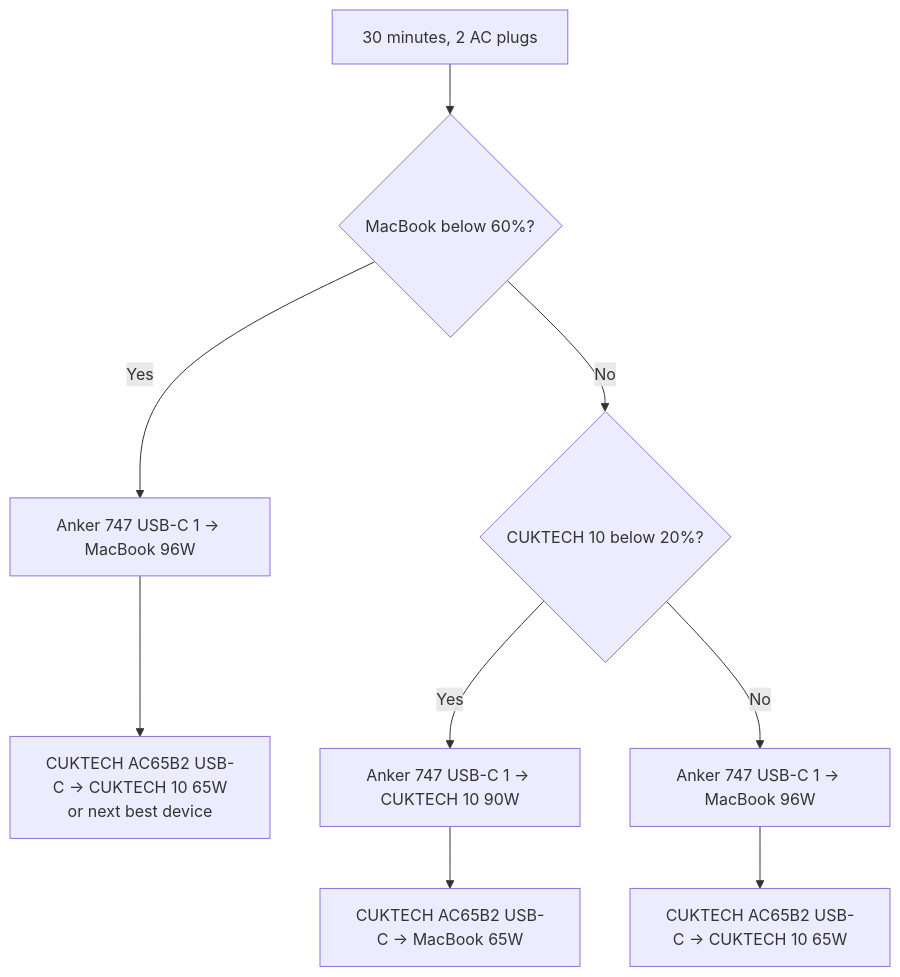
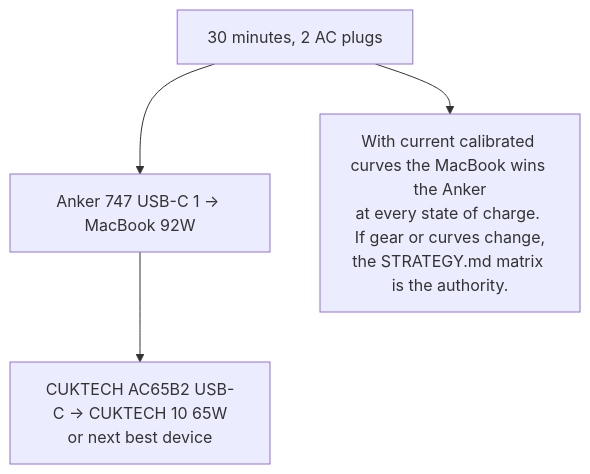
The second of 2 diagrams in README.md (kaovilai/charge-arsenal), drawn with Mermaid before and after one commit. The commit also changed 1 other file, not shown here.

Commit message:
Resolve CodeRabbit consistency findings
- CUKTECH 10 notes rewritten as one coherent account: the 55%-in-15-min
  milestone is stated once, as not reproducible from the metered curve
- README two-plug chart no longer shows the obsolete 60% decision tree;
  the MacBook wins the Anker at every SOC with current data, with the
  STRATEGY.md matrix named as the authority

````diff
--- a/README.md
+++ b/README.md
@@ -106,14 +106,7 @@
 ```mermaid
 flowchart TD
-    start[30 minutes, 2 AC plugs] --> q1{MacBook below 60%?}
-
-    q1 -->|Yes| a1[Anker 747 USB-C 1 -> MacBook 96W]
+    start[30 minutes, 2 AC plugs] --> a1[Anker 747 USB-C 1 -> MacBook 92W]
     a1 --> b1[CUKTECH AC65B2 USB-C -> CUKTECH 10 65W<br/>or next best device]
 
-    q1 -->|No| q2{CUKTECH 10 below 20%?}
-    q2 -->|Yes| a2[Anker 747 USB-C 1 -> CUKTECH 10 90W]
-    a2 --> b2[CUKTECH AC65B2 USB-C -> MacBook 65W]
-
-    q2 -->|No| a3[Anker 747 USB-C 1 -> MacBook 96W]
-    a3 --> b3[CUKTECH AC65B2 USB-C -> CUKTECH 10 65W]
+    start --> m[With current calibrated curves the MacBook wins the Anker<br/>at every state of charge. If gear or curves change,<br/>the STRATEGY.md matrix is the authority.]
 ```
````
